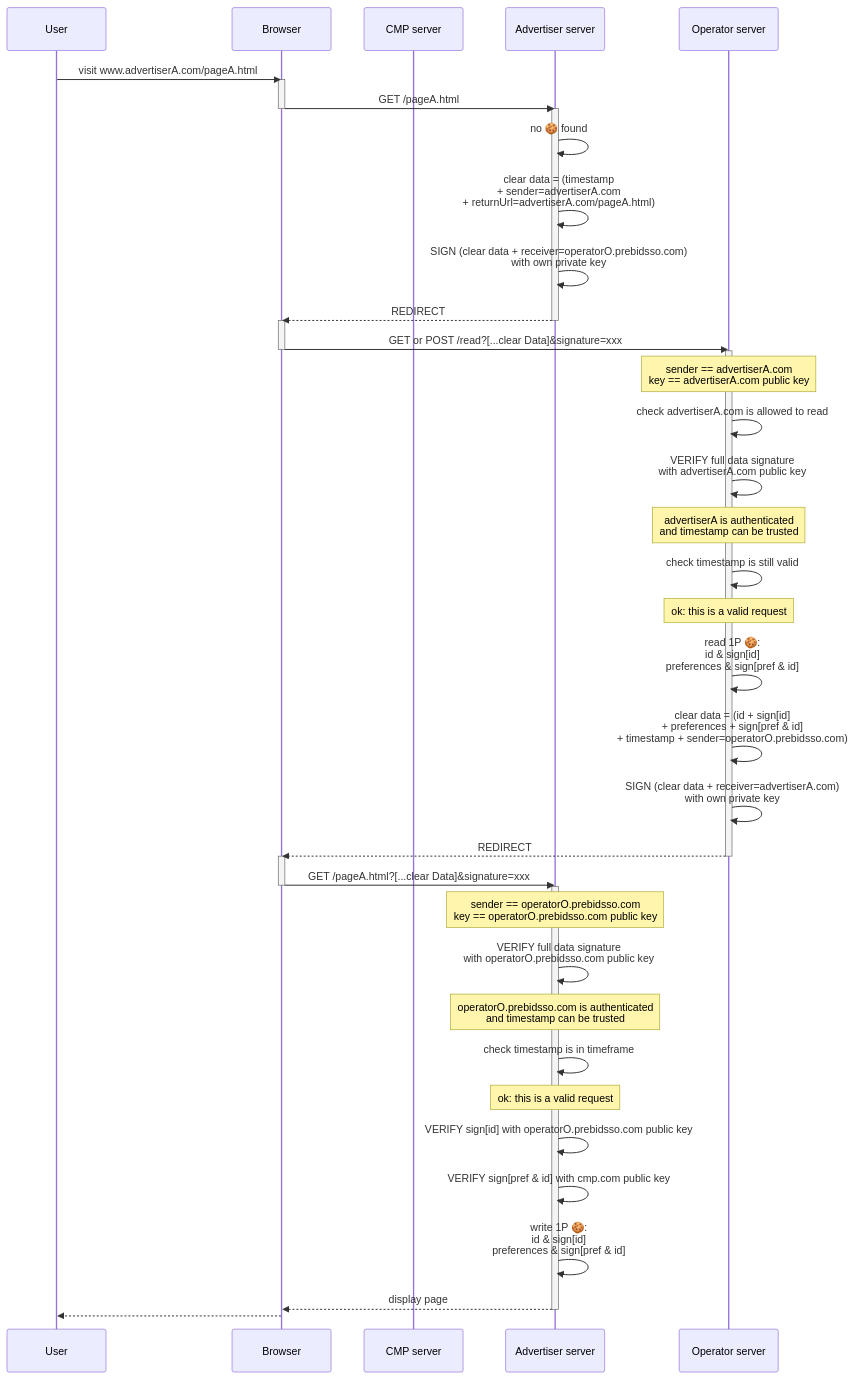
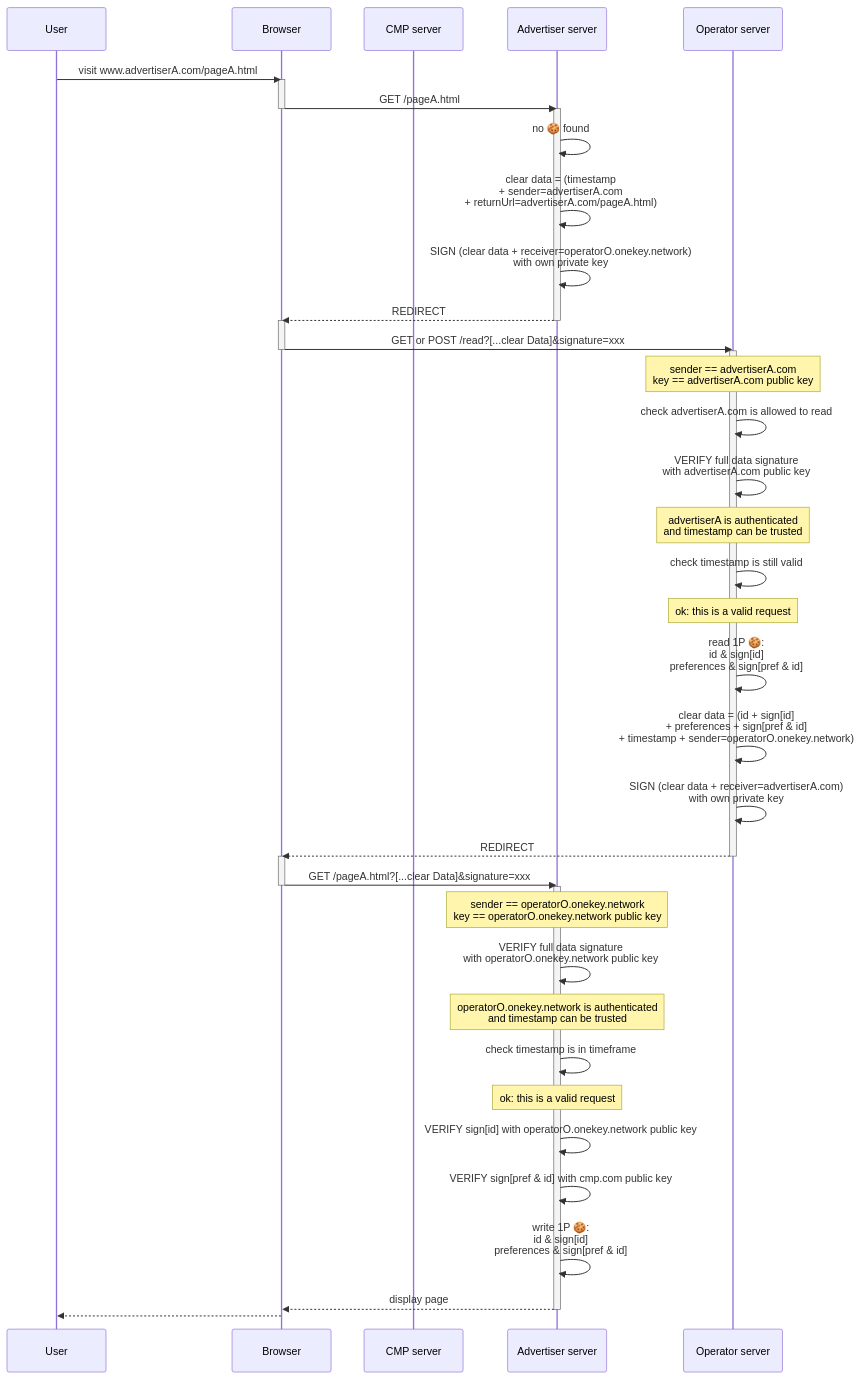
One commit to OneKey-Network/addressability-framework changed the second of 2 diagrams in mvp-spec/operator-design.md. Above: the diagram before and after it, drawn with Mermaid. The commit also changed other lines of this file and 5 other files, not shown here.

````diff
--- a/mvp-spec/operator-design.md
+++ b/mvp-spec/operator-design.md
@@ -212,57 +212,57 @@
 ```mermaid
 sequenceDiagram
 participant U as User
 participant B as Browser
 participant C as CMP server
 participant A as Advertiser server
 participant O as Operator server
 
     U ->> B: visit www.advertiserA.com/pageA.html
 
     activate B
         B ->> A: GET /pageA.html
     deactivate B
 
     activate A
     A ->> A: no 🍪 found
     A ->> A: clear data = (timestamp<br>+ sender=advertiserA.com<br>+ returnUrl=advertiserA.com/pageA.html)
-    A ->> A: SIGN (clear data + receiver=operatorO.prebidsso.com)<br/> with own private key
+    A ->> A: SIGN (clear data + receiver=operatorO.onekey.network)<br/> with own private key
     A -->> B: REDIRECT
     deactivate A
 
     activate B
     B ->> O: GET or POST /read?[...clear Data]&signature=xxx
     deactivate B
 
     activate O
     note over O: sender == advertiserA.com<br>key == advertiserA.com public key
     O ->> O: check advertiserA.com is allowed to read
     O ->> O: VERIFY full data signature<br/>with advertiserA.com public key
     note over O: advertiserA is authenticated<br/>and timestamp can be trusted
     O ->> O: check timestamp is still valid
     note over O: ok: this is a valid request
     O ->> O: read 1P 🍪:<br/>id & sign[id]<br>preferences & sign[pref & id]
-    O ->> O: clear data = (id + sign[id]<br>+ preferences + sign[pref & id]<br>+ timestamp + sender=operatorO.prebidsso.com)
+    O ->> O: clear data = (id + sign[id]<br>+ preferences + sign[pref & id]<br>+ timestamp + sender=operatorO.onekey.network)
     O ->> O: SIGN (clear data + receiver=advertiserA.com)<br/> with own private key
     O -->> B: REDIRECT
     deactivate O 
 
     activate B
     B ->> A: GET /pageA.html?[...clear Data]&signature=xxx
     deactivate B
 
     activate A
-    note over A: sender == operatorO.prebidsso.com<br>key == operatorO.prebidsso.com public key
-    A ->> A: VERIFY full data signature<br/>with operatorO.prebidsso.com public key
-    note over A: operatorO.prebidsso.com is authenticated<br/>and timestamp can be trusted
+    note over A: sender == operatorO.onekey.network<br>key == operatorO.onekey.network public key
+    A ->> A: VERIFY full data signature<br/>with operatorO.onekey.network public key
+    note over A: operatorO.onekey.network is authenticated<br/>and timestamp can be trusted
     A ->> A: check timestamp is in timeframe
     note over A: ok: this is a valid request
-    A ->> A: VERIFY sign[id] with operatorO.prebidsso.com public key
+    A ->> A: VERIFY sign[id] with operatorO.onekey.network public key
     A ->> A: VERIFY sign[pref & id] with cmp.com public key
     A ->> A: write 1P 🍪:<br/>id & sign[id]<br>preferences & sign[pref & id]
     A -->> B: display page
     deactivate A
 
     B -->> U: 
 
 ```
````
